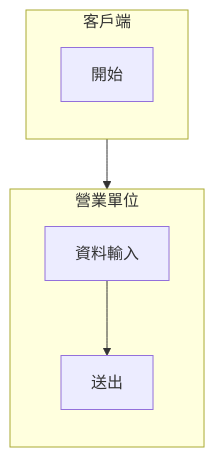
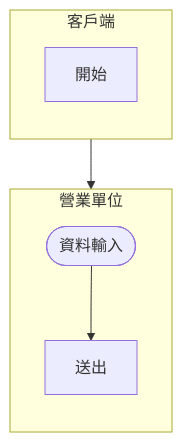
Before and after one commit to Jeanna1112/test: the diagram in README.md, drawn with Mermaid.

````diff
--- a/README.md
+++ b/README.md
@@ -2,16 +2,16 @@
 ```mermaid
 flowchart TD
 
 subgraph 客戶端
   direction TB
   A[開始]
 end
 
 subgraph 營業單位
   direction TB
-  B[資料輸入]
+  B([資料輸入])
   C[送出]
 end
 
 A --> B --> C
 ```
````
